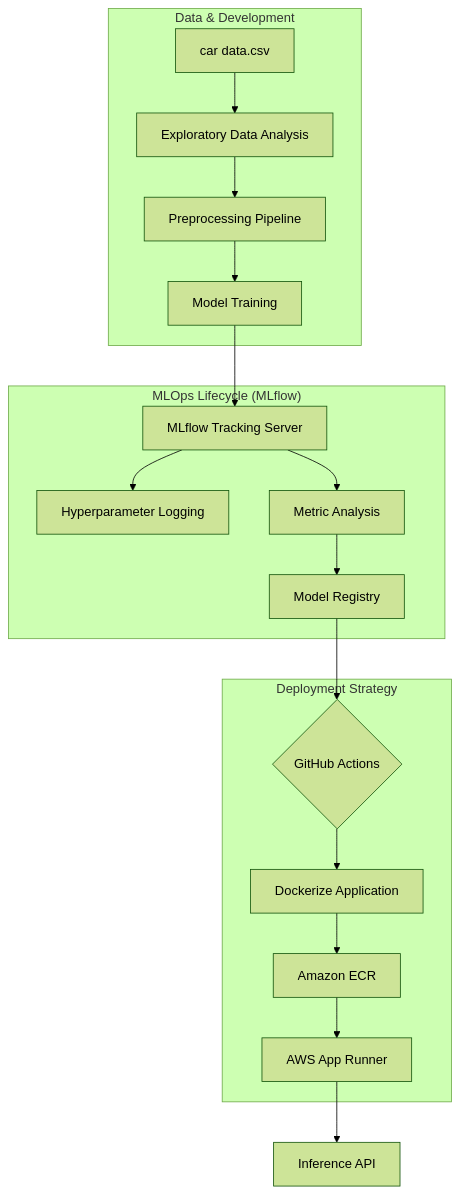
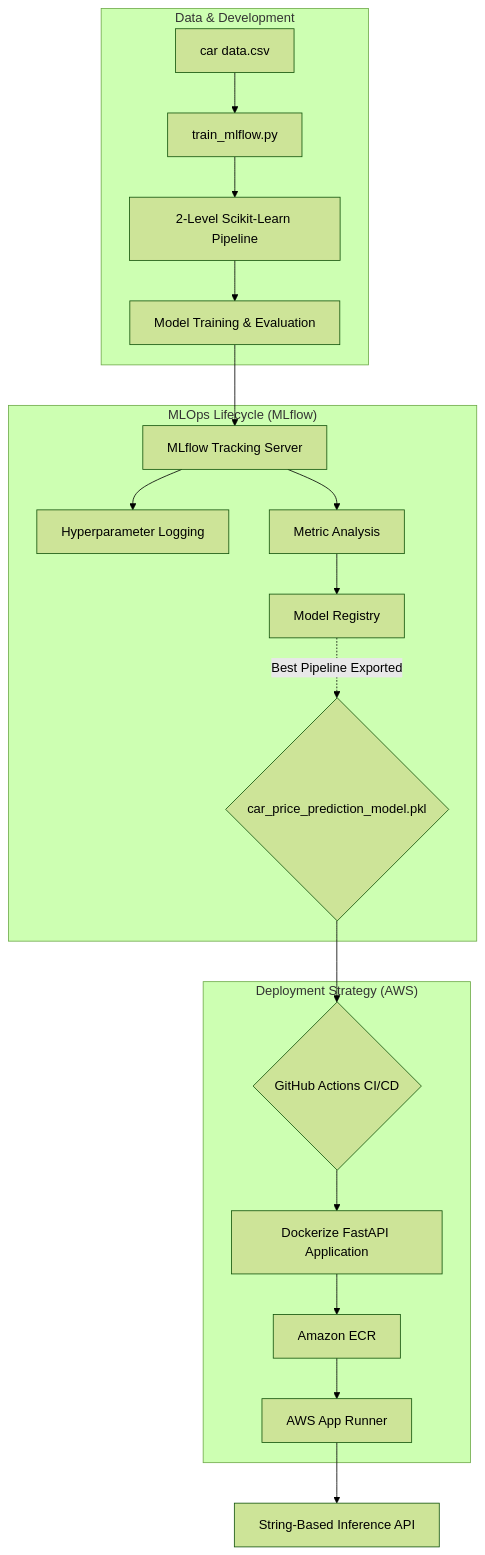
One commit to AbubakrDA/Cars-Prediction-Price-MLOPS-System changed the diagram in README.md. Above: the diagram before and after it, drawn with Mermaid (forest theme). The commit also changed other lines of this file and 1 other file, not shown here.

Commit message:
refactor: update ML pipeline architecture, documentation, and implement MLflow champion model aliasing

````diff
--- a/README.md
+++ b/README.md
@@ -16,24 +16,25 @@
 ```mermaid
 graph TD
     subgraph "Data & Development"
-        A[car data.csv] --> B[Exploratory Data Analysis]
-        B --> C[Preprocessing Pipeline]
-        C --> D[Model Training]
+        A[car data.csv] --> B[train_mlflow.py]
+        B --> C[2-Level Scikit-Learn Pipeline]
+        C --> D[Model Training & Evaluation]
     end
 
     subgraph "MLOps Lifecycle (MLflow)"
         D --> E[MLflow Tracking Server]
         E --> F[Hyperparameter Logging]
         E --> G[Metric Analysis]
         G --> H[Model Registry]
+        H -.->|Best Pipeline Exported| I{car_price_prediction_model.pkl}
     end
 
-    subgraph "Deployment Strategy"
-        H --> I{GitHub Actions}
-        I --> J[Dockerize Application]
-        J --> K[Amazon ECR]
-        K --> L[AWS App Runner]
+    subgraph "Deployment Strategy (AWS)"
+        I --> J{GitHub Actions CI/CD}
+        J --> K[Dockerize FastAPI Application]
+        K --> L[Amazon ECR]
+        L --> M[AWS App Runner]
     end
 
-    L --> M[Inference API]
+    M --> N[String-Based Inference API]
 ```
````
